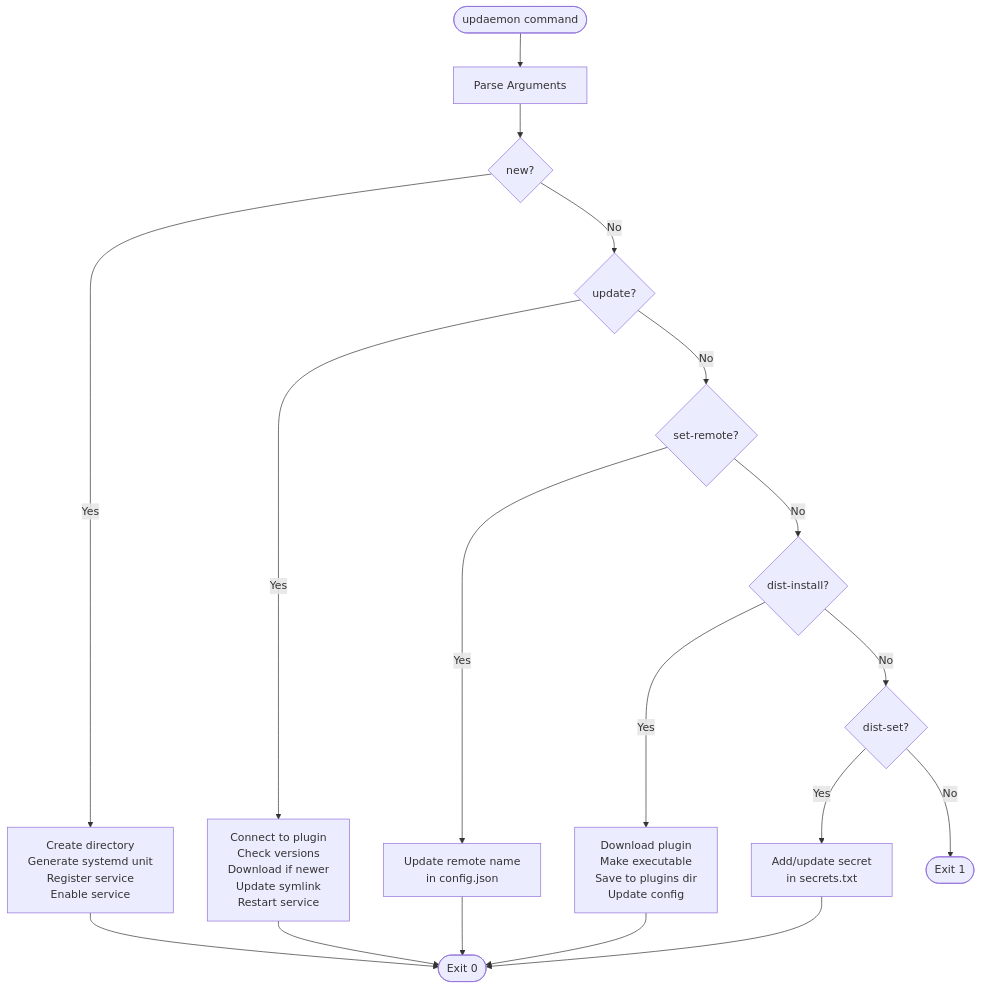
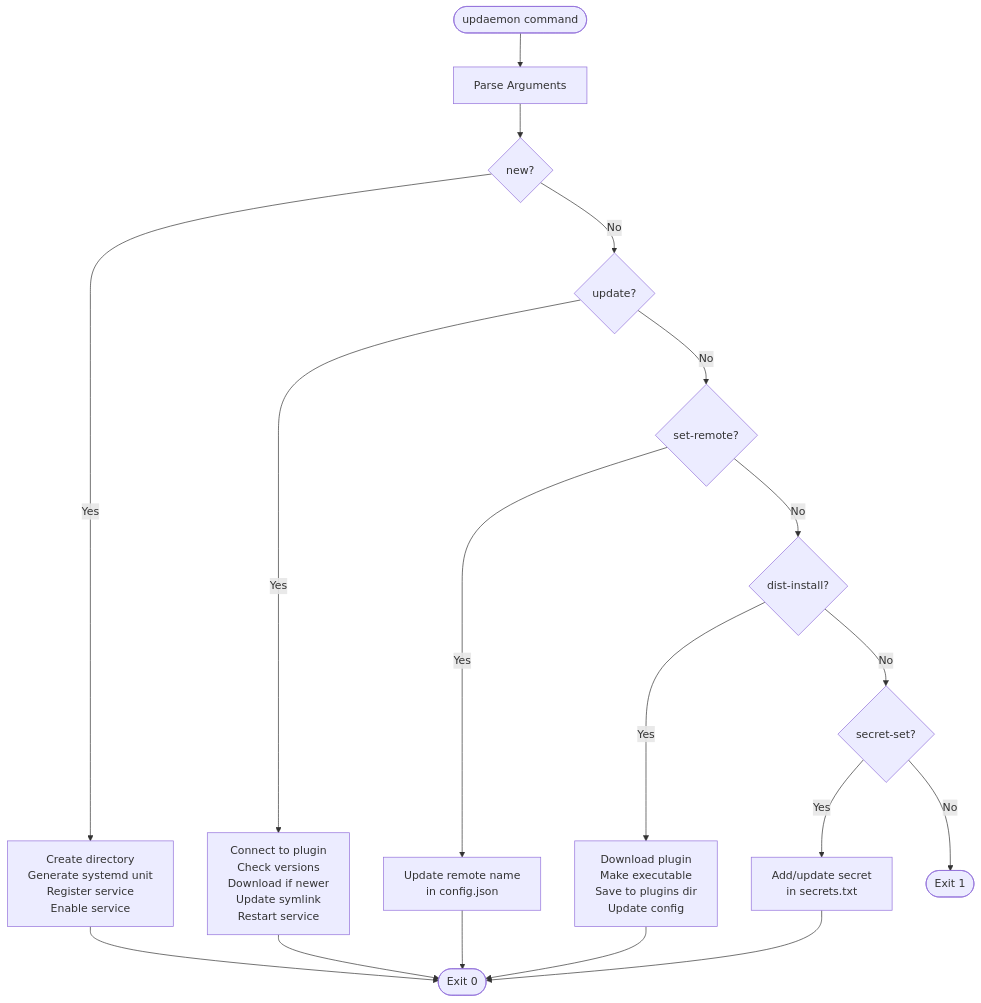
One commit to AdamTovatt/updaemon changed the fifth of 5 diagrams in README.md. Above: the diagram before and after it, drawn with Mermaid. The commit also changed other lines of this file, not shown here.

````diff
--- a/README.md
+++ b/README.md
@@ -196,39 +218,39 @@
 ```mermaid
 graph TD
     Start([updaemon command])
     Parse[Parse Arguments]
     
     New{new?}
     Update{update?}
     SetRemote{set-remote?}
     DistInstall{dist-install?}
-    DistSet{dist-set?}
+    SecretSet{secret-set?}
     
     NewAction[Create directory<br/>Generate systemd unit<br/>Register service<br/>Enable service]
     UpdateAction[Connect to plugin<br/>Check versions<br/>Download if newer<br/>Update symlink<br/>Restart service]
     SetRemoteAction[Update remote name<br/>in config.json]
     DistInstallAction[Download plugin<br/>Make executable<br/>Save to plugins dir<br/>Update config]
-    DistSetAction[Add/update secret<br/>in secrets.txt]
+    SecretSetAction[Add/update secret<br/>in secrets.txt]
     
     Success([Exit 0])
     Error([Exit 1])
     
     Start --> Parse
     Parse --> New
     New -->|Yes| NewAction
     New -->|No| Update
     Update -->|Yes| UpdateAction
     Update -->|No| SetRemote
     SetRemote -->|Yes| SetRemoteAction
     SetRemote -->|No| DistInstall
     DistInstall -->|Yes| DistInstallAction
-    DistInstall -->|No| DistSet
-    DistSet -->|Yes| DistSetAction
-    DistSet -->|No| Error
+    DistInstall -->|No| SecretSet
+    SecretSet -->|Yes| SecretSetAction
+    SecretSet -->|No| Error
     
     NewAction --> Success
     UpdateAction --> Success
     SetRemoteAction --> Success
     DistInstallAction --> Success
-    DistSetAction --> Success
+    SecretSetAction --> Success
 ```
````
